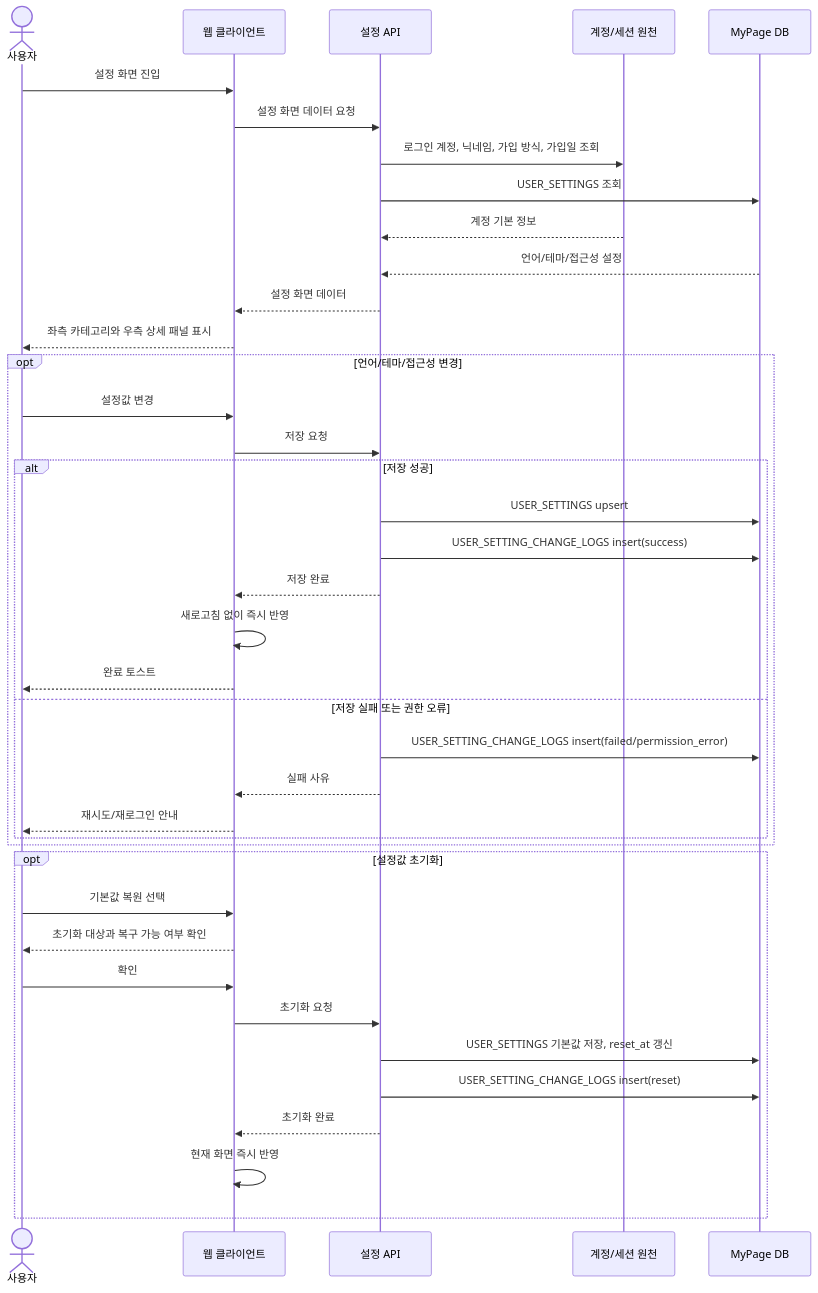
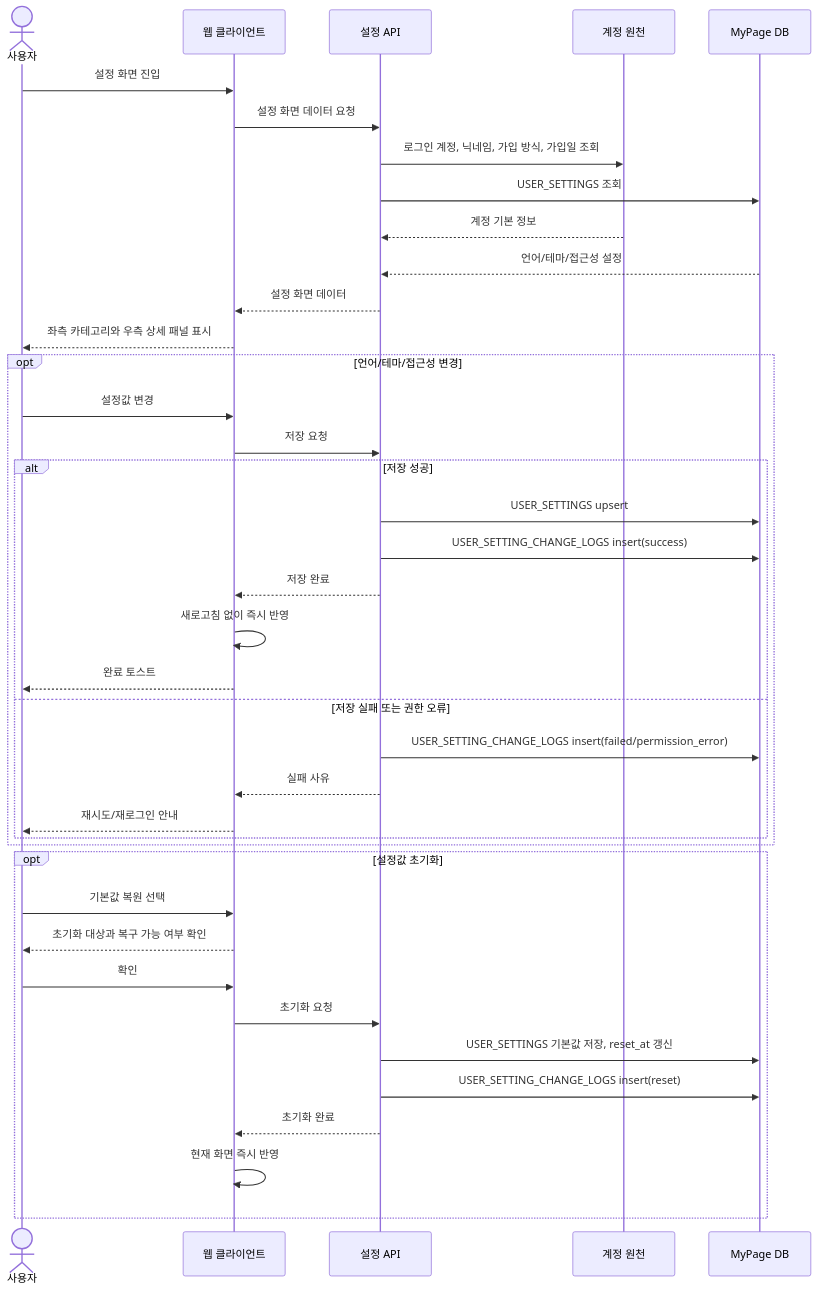
Before and after one commit to SKNETWORKS-FAMILY-AICAMP/SKN27-FINAL-4Team: the eighth of 8 diagrams in docs/한재웅/시퀀스다이어그램_MY_설정_관리자_v0.9.1.md, drawn with Mermaid. The commit also changed other lines of this file and 12 other files, not shown here.

````diff
--- a/docs/한재웅/시퀀스다이어그램_MY_설정_관리자_v0.9.1.md
+++ b/docs/한재웅/시퀀스다이어그램_MY_설정_관리자_v0.9.1.md
@@ -221,44 +256,44 @@
 ```mermaid
 sequenceDiagram
     actor U as 사용자
     participant Web as 웹 클라이언트
     participant Settings as 설정 API
-    participant Auth as 계정/세션 원천
+    participant Auth as 계정 원천
     participant DB as MyPage DB
 
     U->>Web: 설정 화면 진입
     Web->>Settings: 설정 화면 데이터 요청
     Settings->>Auth: 로그인 계정, 닉네임, 가입 방식, 가입일 조회
     Settings->>DB: USER_SETTINGS 조회
     Auth-->>Settings: 계정 기본 정보
     DB-->>Settings: 언어/테마/접근성 설정
     Settings-->>Web: 설정 화면 데이터
     Web-->>U: 좌측 카테고리와 우측 상세 패널 표시
 
     opt 언어/테마/접근성 변경
         U->>Web: 설정값 변경
         Web->>Settings: 저장 요청
         alt 저장 성공
             Settings->>DB: USER_SETTINGS upsert
             Settings->>DB: USER_SETTING_CHANGE_LOGS insert(success)
             Settings-->>Web: 저장 완료
             Web->>Web: 새로고침 없이 즉시 반영
             Web-->>U: 완료 토스트
         else 저장 실패 또는 권한 오류
             Settings->>DB: USER_SETTING_CHANGE_LOGS insert(failed/permission_error)
             Settings-->>Web: 실패 사유
             Web-->>U: 재시도/재로그인 안내
         end
     end
 
     opt 설정값 초기화
         U->>Web: 기본값 복원 선택
         Web-->>U: 초기화 대상과 복구 가능 여부 확인
         U->>Web: 확인
         Web->>Settings: 초기화 요청
         Settings->>DB: USER_SETTINGS 기본값 저장, reset_at 갱신
         Settings->>DB: USER_SETTING_CHANGE_LOGS insert(reset)
         Settings-->>Web: 초기화 완료
         Web->>Web: 현재 화면 즉시 반영
     end
 ```
````
